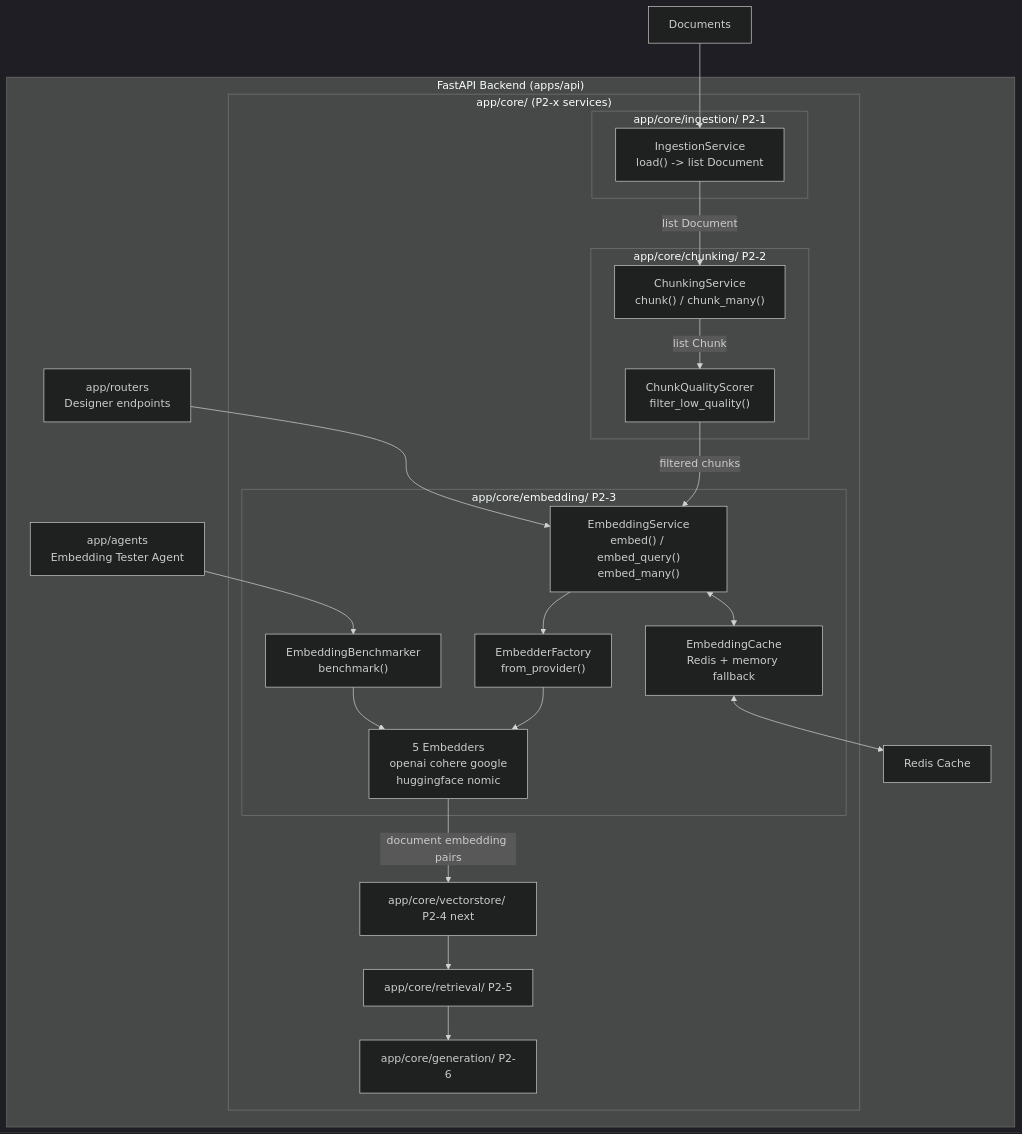
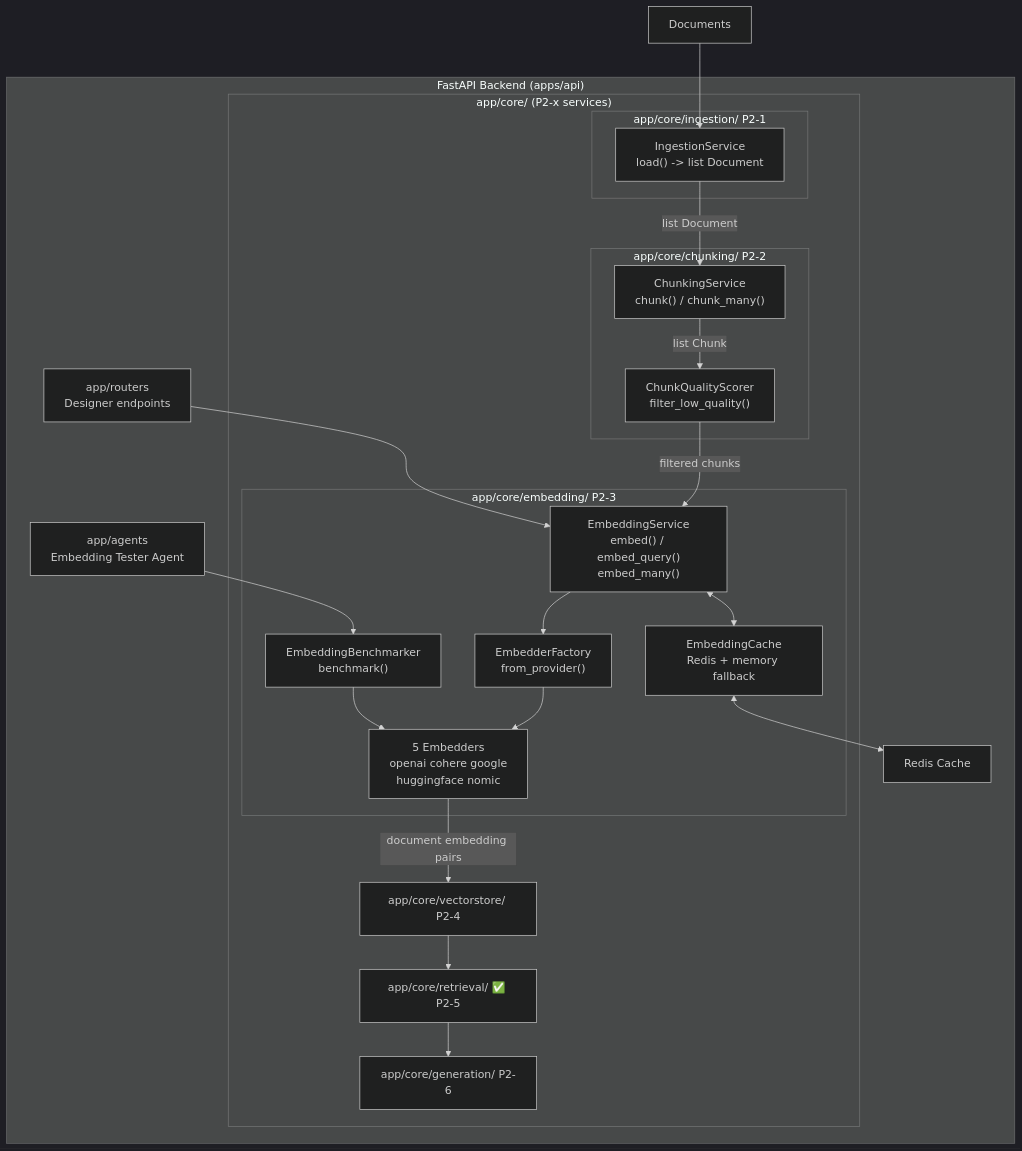
Diagram 23 of 29 in internal/PROJECT_SYSTEM_DESIGN_EVOLUTION.md (anulsasidharan/RAG_Studio_Documents), drawn with Mermaid (dark theme) before and after one commit. The commit also changed other lines of this file and 3 other files, not shown here.

````diff
--- a/internal/PROJECT_SYSTEM_DESIGN_EVOLUTION.md
+++ b/internal/PROJECT_SYSTEM_DESIGN_EVOLUTION.md
@@ -1108,43 +1109,43 @@
 ```mermaid
 graph TB
     subgraph API["FastAPI Backend (apps/api)"]
         subgraph CORE["app/core/ (P2-x services)"]
             subgraph INGESTION_BOX3["app/core/ingestion/ P2-1"]
                 ING_SVC3["IngestionService\nload() -> list Document"]
             end
 
             subgraph CHUNKING_BOX3["app/core/chunking/ P2-2"]
                 CHUNK_SVC3["ChunkingService\nchunk() / chunk_many()"]
                 QUALITY_SVC3["ChunkQualityScorer\nfilter_low_quality()"]
             end
 
             subgraph EMBEDDING_BOX3["app/core/embedding/ P2-3"]
                 EMB_SVC["EmbeddingService\nembed() / embed_query()\nembed_many()"]
                 EMB_FAC["EmbedderFactory\nfrom_provider()"]
                 FIVE_PROV["5 Embedders\nopenai cohere google\nhuggingface nomic"]
                 BENCH_SVC["EmbeddingBenchmarker\nbenchmark()"]
                 CACHE_SVC["EmbeddingCache\nRedis + memory fallback"]
             end
 
-            VECTORSTORE_BOX3["app/core/vectorstore/ P2-4 next"]
-            RETRIEVAL_BOX3["app/core/retrieval/ P2-5"]
+            VECTORSTORE_BOX3["app/core/vectorstore/ P2-4"]
+            RETRIEVAL_BOX3["app/core/retrieval/ ✅ P2-5"]
             GENERATION_BOX3["app/core/generation/ P2-6"]
         end
 
         AGENTS3["app/agents\nEmbedding Tester Agent"]
         ROUTERS3["app/routers\nDesigner endpoints"]
         REDIS3["Redis Cache"]
     end
 
     DOCS3["Documents"] --> ING_SVC3
     ING_SVC3 -->|list Document| CHUNK_SVC3
     CHUNK_SVC3 -->|list Chunk| QUALITY_SVC3
     QUALITY_SVC3 -->|filtered chunks| EMB_SVC
     EMB_SVC --> EMB_FAC --> FIVE_PROV
     EMB_SVC <--> CACHE_SVC <--> REDIS3
     FIVE_PROV -->|document embedding pairs| VECTORSTORE_BOX3
     VECTORSTORE_BOX3 --> RETRIEVAL_BOX3 --> GENERATION_BOX3
     AGENTS3 --> BENCH_SVC
     BENCH_SVC --> FIVE_PROV
     ROUTERS3 --> EMB_SVC
 ```
````
